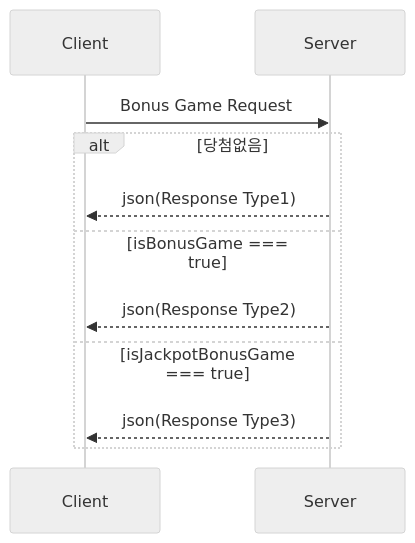
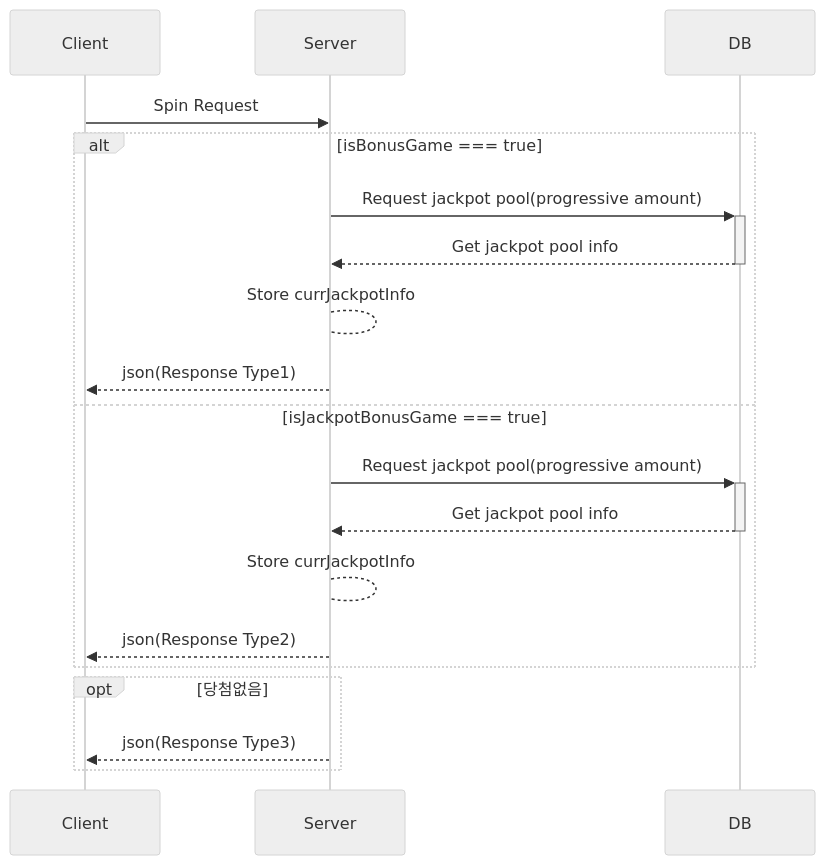
The second of 8 diagrams in source/forms/slots/jackpotQueens/index.html.md (AlanSynn/slate), drawn with Mermaid (neutral theme) before and after one commit. The commit also changed other lines of this file and 1 other file, not shown here.

```diff
--- a/source/forms/slots/jackpotQueens/index.html.md
+++ b/source/forms/slots/jackpotQueens/index.html.md
@@ -220,13 +228,21 @@
 <div class="mermaid">
     sequenceDiagram
         participant C as Client
         participant S as Server
-        C->>S: Bonus Game Request
-        alt 당첨없음
+        participant D as DB
+        C->>S: Spin Request
+        alt isBonusGame === true
+            S->>+D: Request jackpot pool(progressive amount)
+            D-->>-S: Get jackpot pool info
+            S --> S: Store currJackpotInfo
             S-->>C: json(Response Type1)
-        else isBonusGame === true
+        else isJackpotBonusGame === true
+            S->>+D: Request jackpot pool(progressive amount)
+            D-->>-S: Get jackpot pool info
+            S --> S: Store currJackpotInfo
             S-->>C: json(Response Type2)
-        else isJackpotBonusGame === true
+        end
+        opt 당첨없음
             S-->>C: json(Response Type3)
         end
 </div>
```
